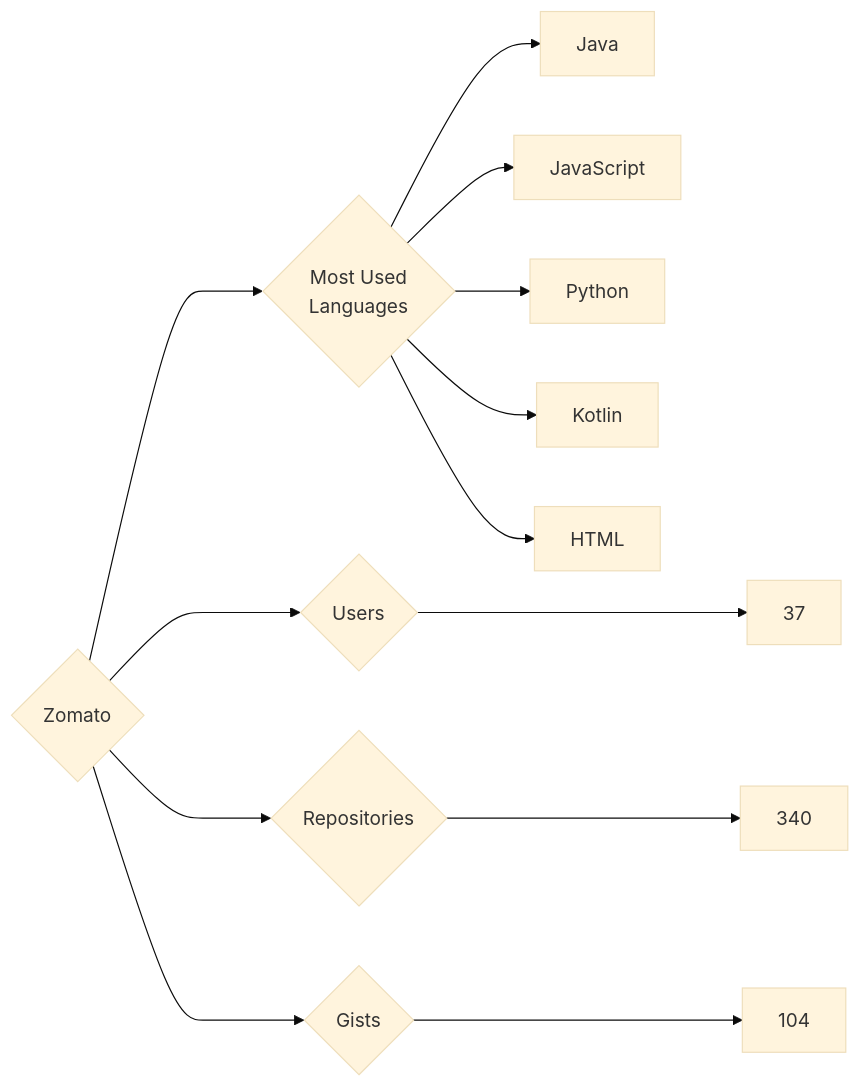
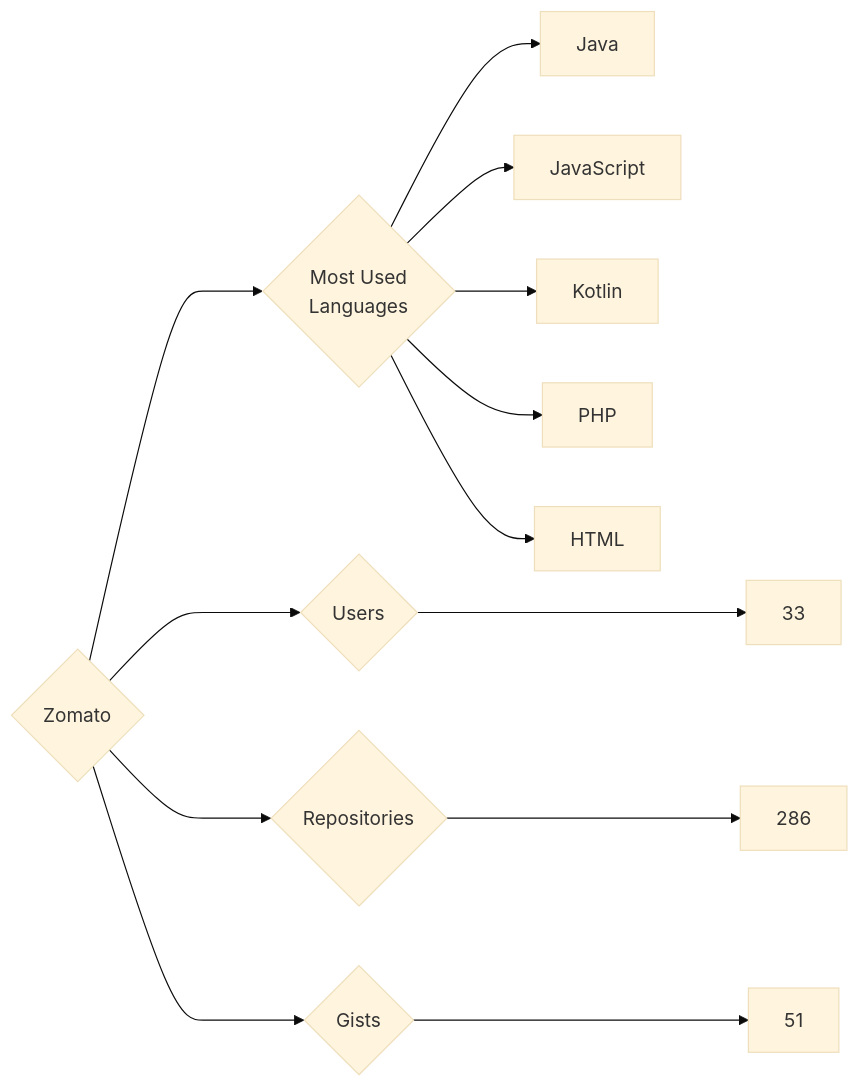
Before and after one commit to trickest/insiders: the diagram in targets/Zomato/README.md, drawn with Mermaid (base theme). The commit also changed 833 other files, not shown here.

````diff
--- a/targets/Zomato/README.md
+++ b/targets/Zomato/README.md
@@ -3,13 +3,13 @@
 ```mermaid
 graph LR
 COMPANY_NAME{Zomato}
-COMPANY_NAME ---> U{Users} ---> UN[37]
-COMPANY_NAME ---> R{Repositories} ---> RN[340]
-COMPANY_NAME ---> G{Gists} ---> GN[104]
+COMPANY_NAME ---> U{Users} ---> UN[33]
+COMPANY_NAME ---> R{Repositories} ---> RN[286]
+COMPANY_NAME ---> G{Gists} ---> GN[51]
 COMPANY_NAME ---> ML{Most Used<br>Languages}
 ML --> Java[Java]
 ML --> JavaScript[JavaScript]
-ML --> Python[Python]
 ML --> Kotlin[Kotlin]
+ML --> PHP[PHP]
 ML --> HTML[HTML]
 ```
````
